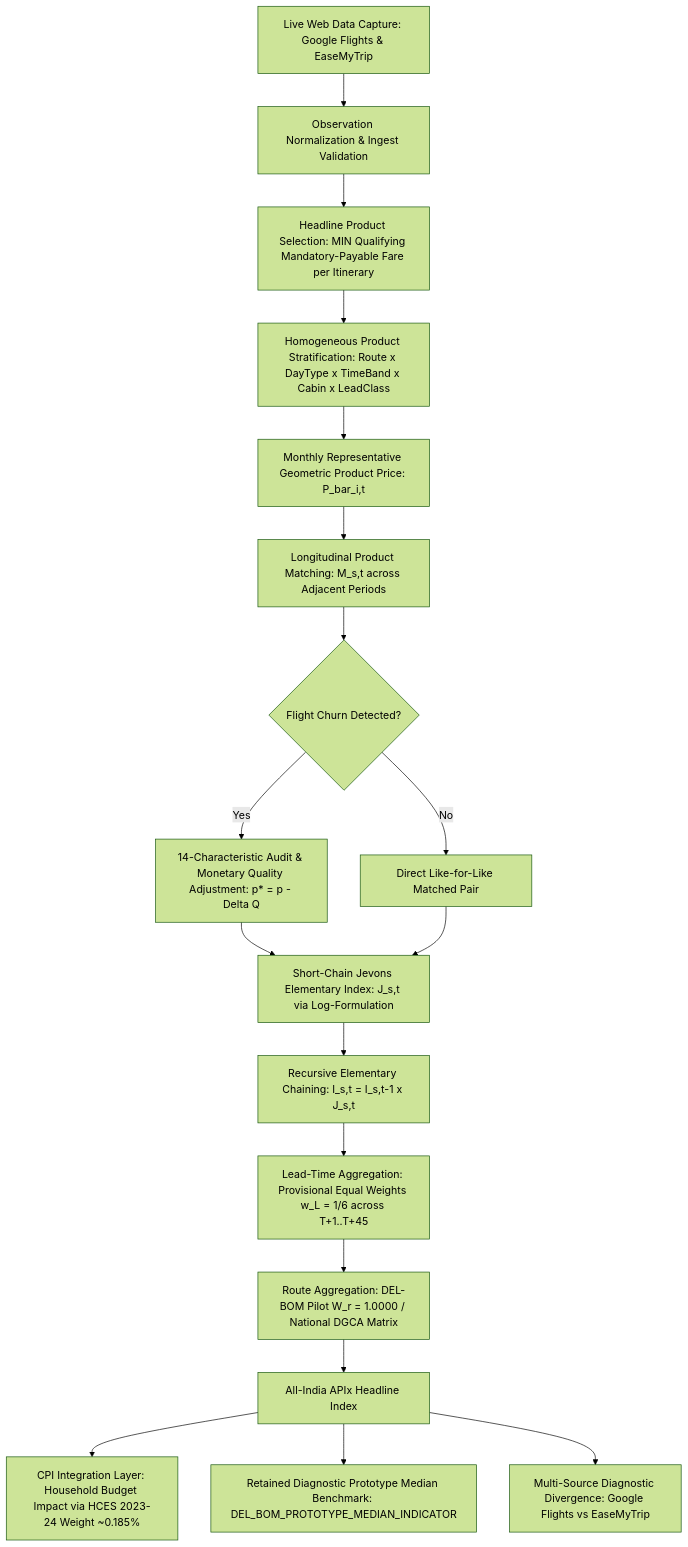
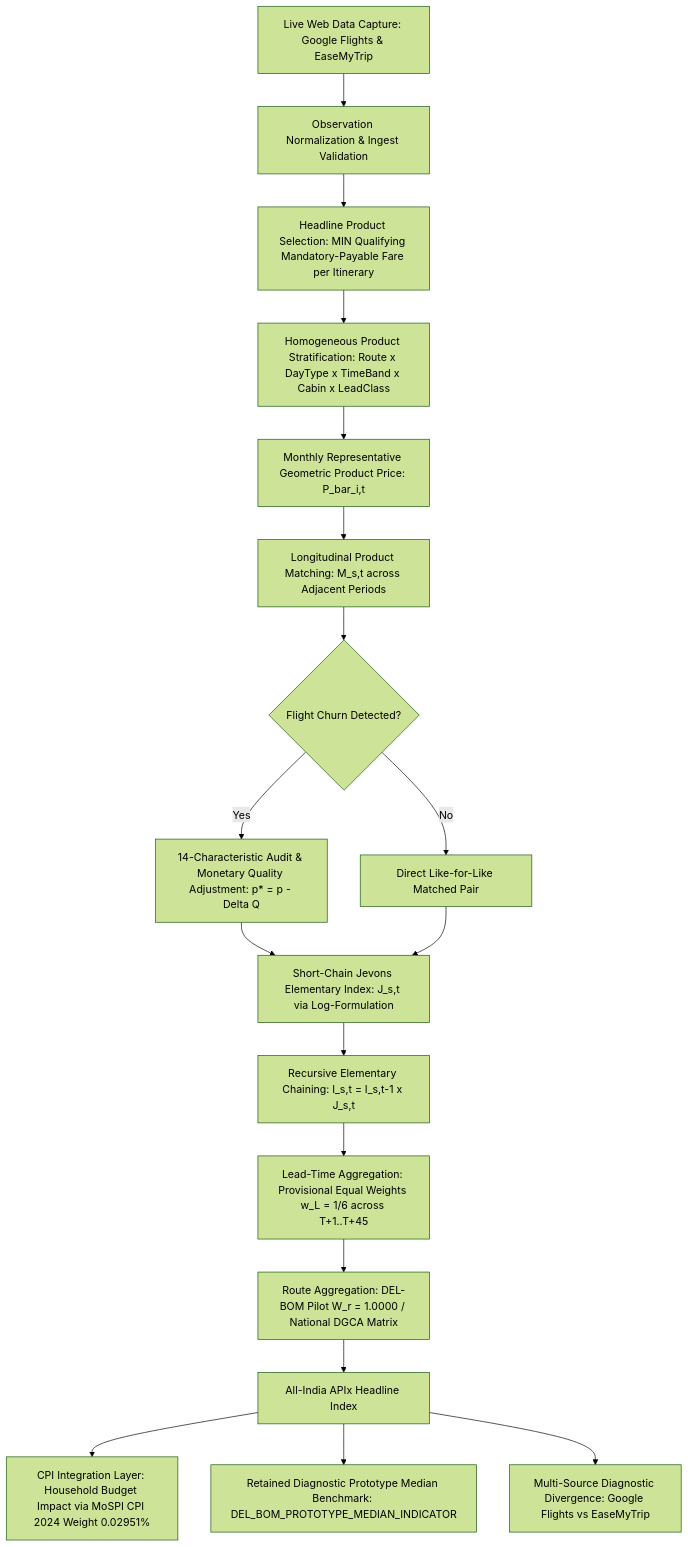
Before and after one commit to HemantJagnani/SIH2026: the diagram in README.md, drawn with Mermaid (forest theme). The commit also changed other lines of this file and 104 other files, not shown here.

````diff
--- a/README.md
+++ b/README.md
@@ -43,20 +43,20 @@
 ```mermaid
 flowchart TD
     A[Live Web Data Capture: Google Flights & EaseMyTrip] --> B[Observation Normalization & Ingest Validation]
     B --> C[Headline Product Selection: MIN Qualifying Mandatory-Payable Fare per Itinerary]
     C --> D[Homogeneous Product Stratification: Route x DayType x TimeBand x Cabin x LeadClass]
     D --> E[Monthly Representative Geometric Product Price: P_bar_i,t]
     E --> F[Longitudinal Product Matching: M_s,t across Adjacent Periods]
     F --> G{Flight Churn Detected?}
     G -- Yes --> H[14-Characteristic Audit & Monetary Quality Adjustment: p* = p - Delta Q]
     G -- No --> I[Direct Like-for-Like Matched Pair]
     H --> J[Short-Chain Jevons Elementary Index: J_s,t via Log-Formulation]
     I --> J
     J --> K[Recursive Elementary Chaining: I_s,t = I_s,t-1 x J_s,t]
     K --> L[Lead-Time Aggregation: Provisional Equal Weights w_L = 1/6 across T+1..T+45]
     L --> M[Route Aggregation: DEL-BOM Pilot W_r = 1.0000 / National DGCA Matrix]
     M --> N[All-India APIx Headline Index]
-    N --> O[CPI Integration Layer: Household Budget Impact via HCES 2023-24 Weight ~0.185%]
+    N --> O[CPI Integration Layer: Household Budget Impact via MoSPI CPI 2024 Weight 0.02951%]
     N --> P[Retained Diagnostic Prototype Median Benchmark: DEL_BOM_PROTOTYPE_MEDIAN_INDICATOR]
     N --> Q[Multi-Source Diagnostic Divergence: Google Flights vs EaseMyTrip]
 ```
````
